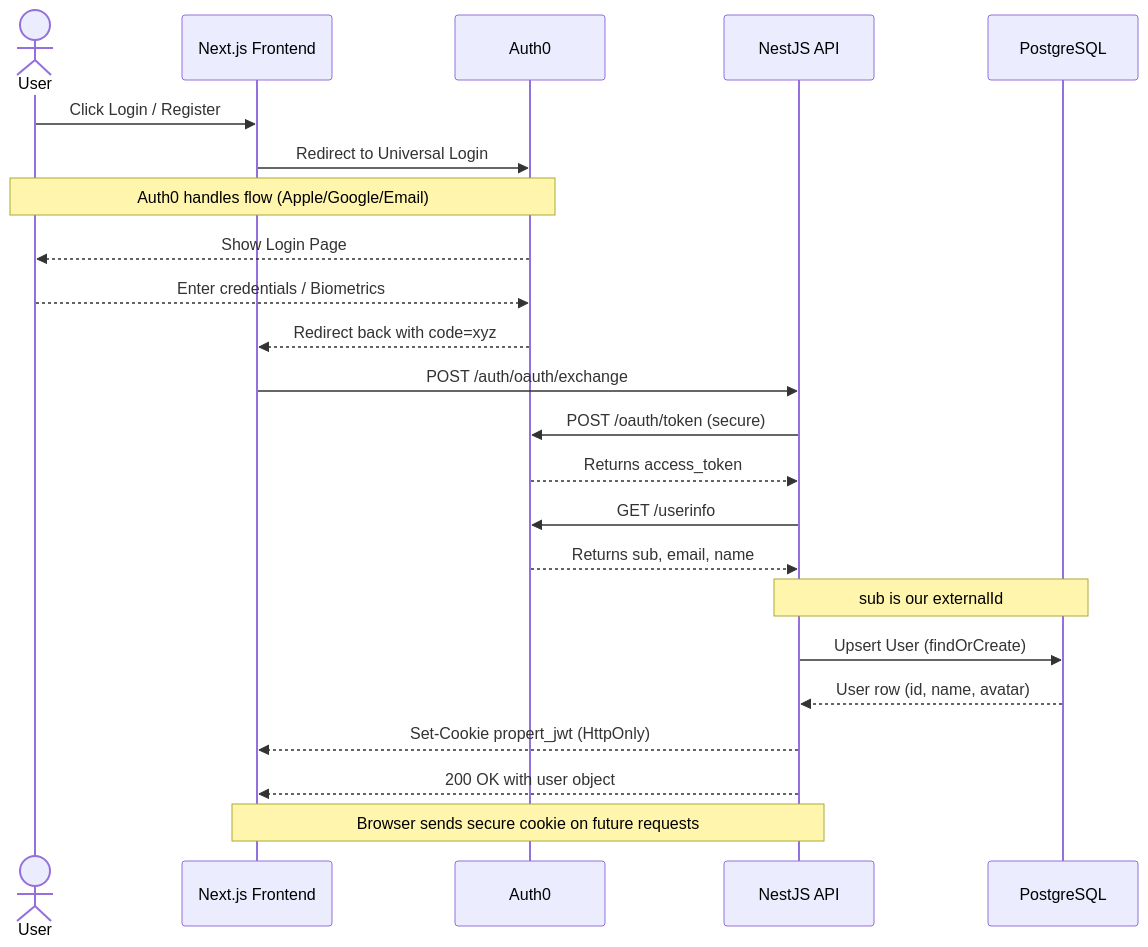
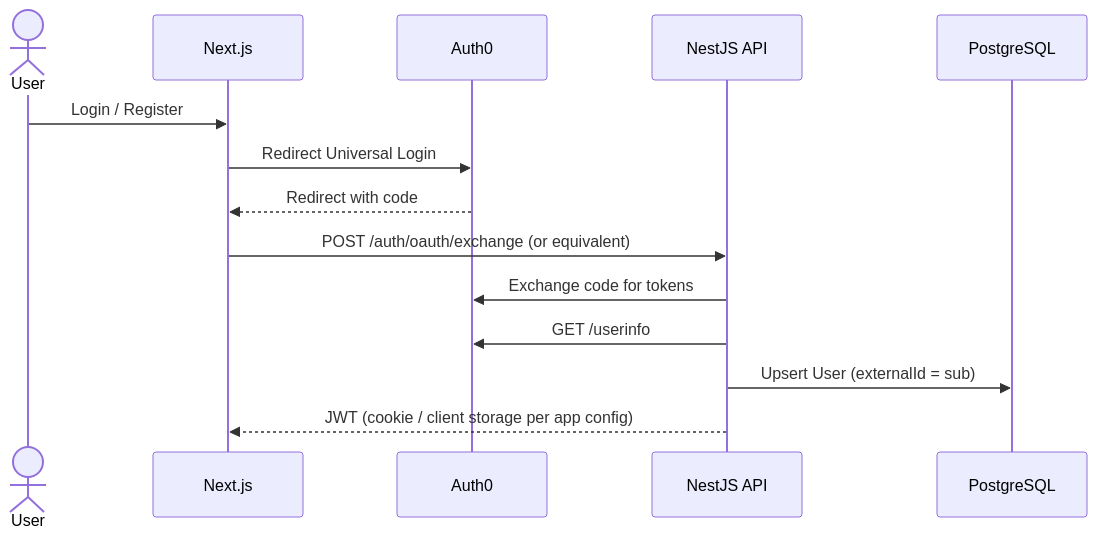
Before and after one commit to Raz-Bouganim/ProperT: the third of 7 diagrams in ARCHITECTURE.md, drawn with Mermaid. The commit also changed other lines of this file and 4 other files, not shown here.

````diff
--- a/ARCHITECTURE.md
+++ b/ARCHITECTURE.md
@@ -715,26 +575,17 @@
 ```mermaid
 sequenceDiagram
-    actor User
-    participant FE as Next.js Frontend
-    participant Auth0 as Auth0
-    participant API as NestJS API
-    participant DB as PostgreSQL
+  actor User
+  participant FE as Next.js
+  participant Auth0 as Auth0
+  participant API as NestJS API
+  participant DB as PostgreSQL
 
-    User->>FE: Click Login / Register
-    FE->>Auth0: Redirect to Universal Login
-    Note over User,Auth0: Auth0 handles flow (Apple/Google/Email)
-    Auth0-->>User: Show Login Page
-    User-->>Auth0: Enter credentials / Biometrics
-    Auth0-->>FE: Redirect back with code=xyz
-    FE->>API: POST /auth/oauth/exchange
-    API->>Auth0: POST /oauth/token (secure)
-    Auth0-->>API: Returns access_token
-    API->>Auth0: GET /userinfo
-    Auth0-->>API: Returns sub, email, name
-    Note over API,DB: sub is our externalId
-    API->>DB: Upsert User (findOrCreate)
-    DB-->>API: User row (id, name, avatar)
-    API-->>FE: Set-Cookie propert_jwt (HttpOnly)
-    API-->>FE: 200 OK with user object
-    Note over FE,API: Browser sends secure cookie on future requests
+  User->>FE: Login / Register
+  FE->>Auth0: Redirect Universal Login
+  Auth0-->>FE: Redirect with code
+  FE->>API: POST /auth/oauth/exchange (or equivalent)
+  API->>Auth0: Exchange code for tokens
+  API->>Auth0: GET /userinfo
+  API->>DB: Upsert User (externalId = sub)
+  API-->>FE: JWT (cookie / client storage per app config)
 ```
````
